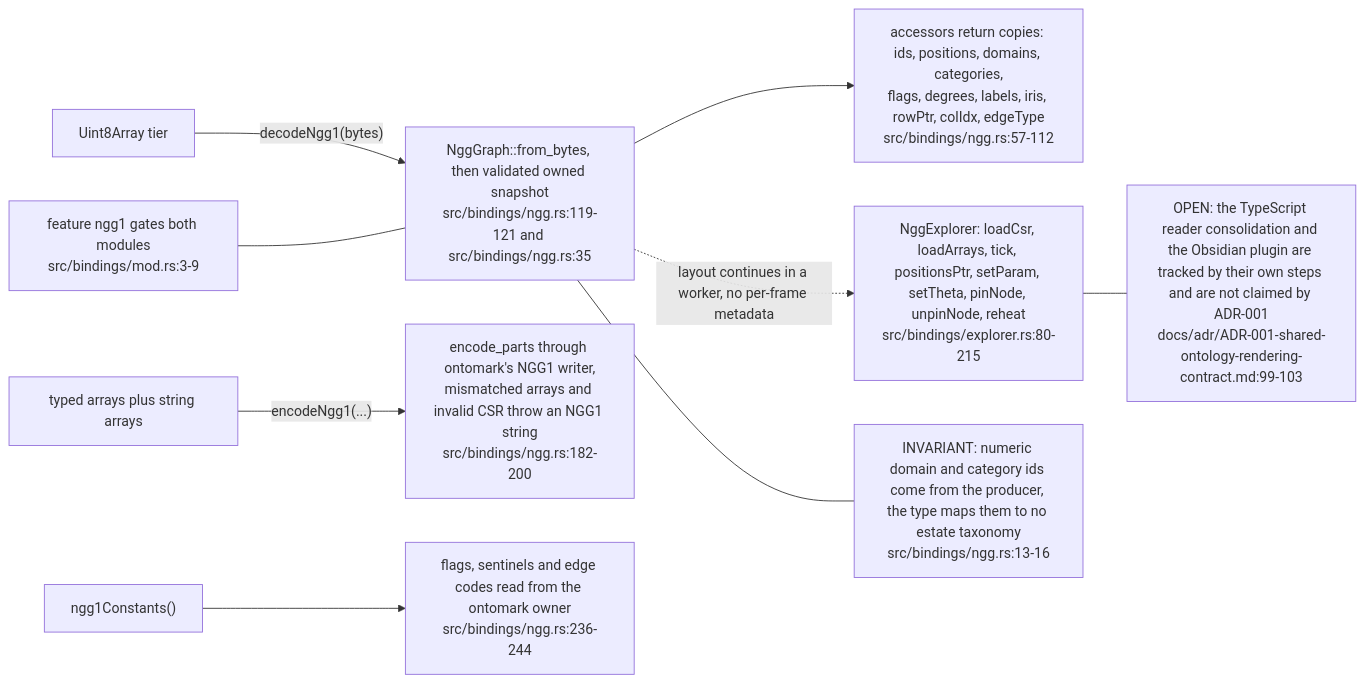
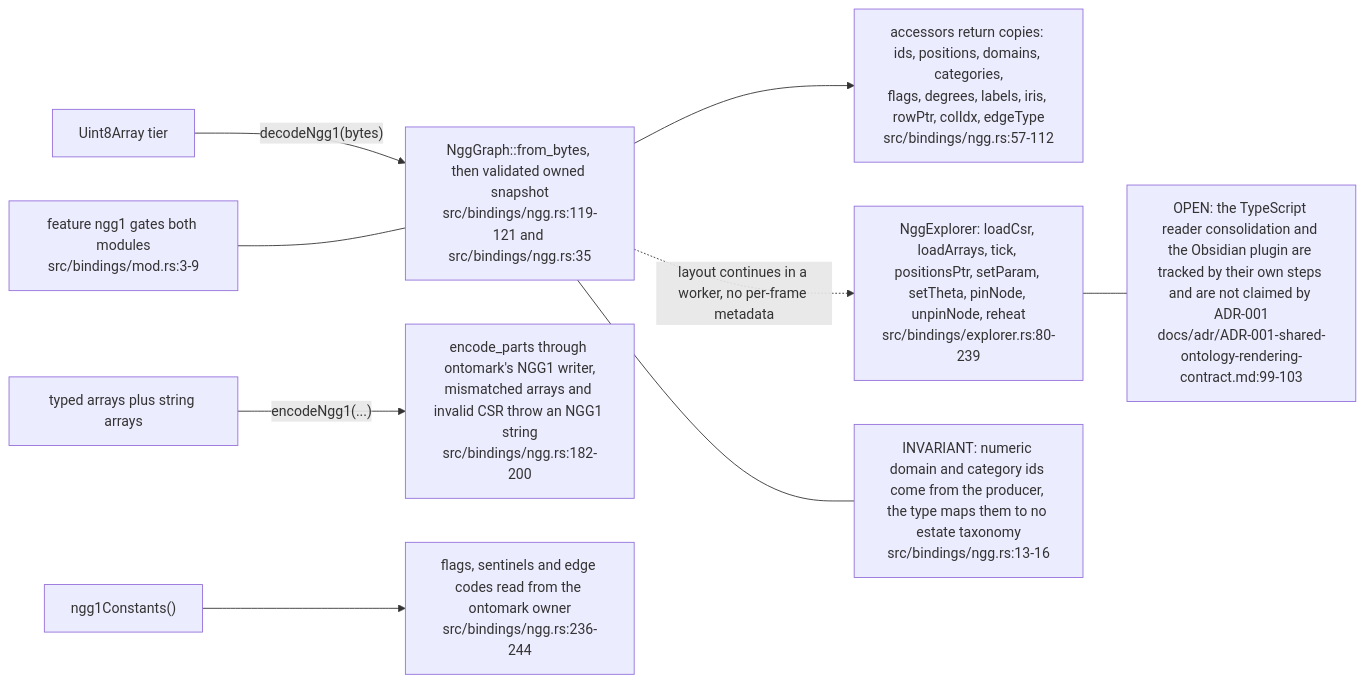
One commit to DreamLab-AI/VisionFlow changed the seventh of 10 diagrams in docs/diagrams/vowl-wasm/04-js-api-examples-and-consumers.md. Above: the diagram before and after it, drawn with Mermaid. The commit also changed other lines of this file and 5 other files, not shown here.

First line of the commit message:
docs(diagrams): vowl-wasm re-verified at v0.4.0 (0779174)

````diff
--- a/docs/diagrams/vowl-wasm/04-js-api-examples-and-consumers.md
+++ b/docs/diagrams/vowl-wasm/04-js-api-examples-and-consumers.md
@@ -130,13 +133,13 @@
 ```mermaid
 flowchart LR
     BYTES["Uint8Array tier"] -->|"decodeNgg1(bytes)"| DEC["NggGraph::from_bytes, then validated owned snapshot<br/>src/bindings/ngg.rs:119-121 and src/bindings/ngg.rs:35"]
     DEC --> GET["accessors return copies: ids, positions, domains, categories,<br/>flags, degrees, labels, iris, rowPtr, colIdx, edgeType<br/>src/bindings/ngg.rs:57-112"]
     FIELDS["typed arrays plus string arrays"] -->|"encodeNgg1(...)"| ENC["encode_parts through ontomark's NGG1 writer,<br/>mismatched arrays and invalid CSR throw an NGG1 string<br/>src/bindings/ngg.rs:182-200"]
     CONST["ngg1Constants()"] --> OWN["flags, sentinels and edge codes read from the ontomark owner<br/>src/bindings/ngg.rs:236-244"]
-    DEC -. "layout continues in a worker, no per-frame metadata" .-> EXP["NggExplorer: loadCsr, loadArrays, tick, positionsPtr, setParam, setTheta, pinNode, unpinNode, reheat<br/>src/bindings/explorer.rs:80-215"]
+    DEC -. "layout continues in a worker, no per-frame metadata" .-> EXP["NggExplorer: loadCsr, loadArrays, tick, positionsPtr, setParam, setTheta, pinNode, unpinNode, reheat<br/>src/bindings/explorer.rs:80-239"]
     GATE["feature ngg1 gates both modules<br/>src/bindings/mod.rs:3-9"] --- DEC
     N1["INVARIANT: numeric domain and category ids come from the producer, the type maps them to no estate taxonomy<br/>src/bindings/ngg.rs:13-16"]
     N2["OPEN: the TypeScript reader consolidation and the Obsidian plugin are tracked by their own steps and are not claimed by ADR-001<br/>docs/adr/ADR-001-shared-ontology-rendering-contract.md:99-103"]
     DEC --- N1
     EXP --- N2
 ```
````
